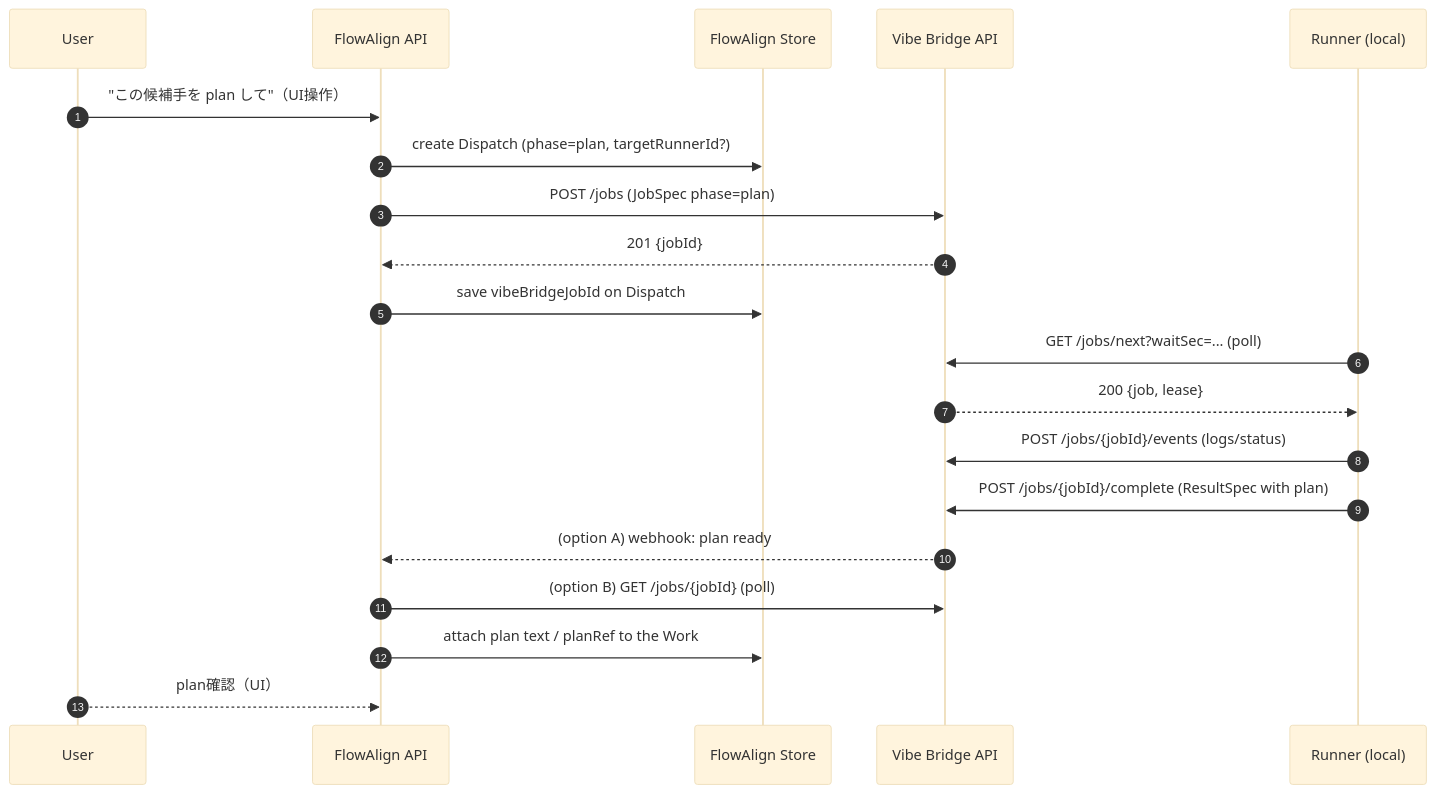
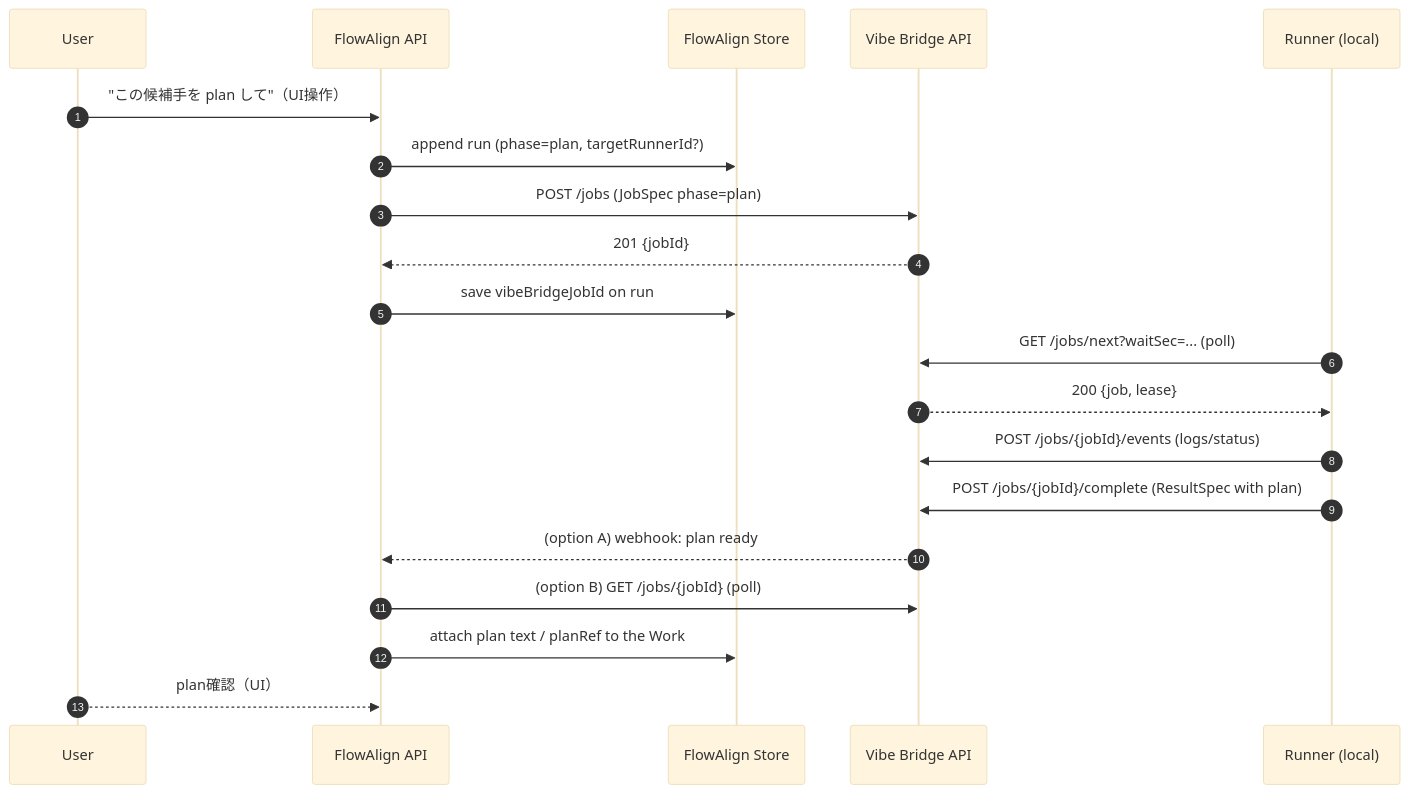
Before and after one commit to NexA-LLC/vibe-bridge: the second of 4 diagrams in docs/FLOWALIGN-INTEGRATION.md, drawn with Mermaid (base theme). The commit also changed other lines of this file and 7 other files, not shown here.

````diff
--- a/docs/FLOWALIGN-INTEGRATION.md
+++ b/docs/FLOWALIGN-INTEGRATION.md
@@ -90,24 +94,24 @@
 ```mermaid
 sequenceDiagram
   autonumber
   participant U as User
   participant FA as FlowAlign API
   participant Store as FlowAlign Store
   participant VB as Vibe Bridge API
   participant R as Runner (local)
 
   U->>FA: "この候補手を plan して"（UI操作）
-  FA->>Store: create Dispatch (phase=plan, targetRunnerId?)
+  FA->>Store: append run (phase=plan, targetRunnerId?)
   FA->>VB: POST /jobs (JobSpec phase=plan)
   VB-->>FA: 201 {jobId}
-  FA->>Store: save vibeBridgeJobId on Dispatch
+  FA->>Store: save vibeBridgeJobId on run
 
   R->>VB: GET /jobs/next?waitSec=... (poll)
   VB-->>R: 200 {job, lease}
   R->>VB: POST /jobs/{jobId}/events (logs/status)
   R->>VB: POST /jobs/{jobId}/complete (ResultSpec with plan)
   VB-->>FA: (option A) webhook: plan ready
   FA->>VB: (option B) GET /jobs/{jobId} (poll)
   FA->>Store: attach plan text / planRef to the Work
   U-->>FA: plan確認（UI）
 ```
````
